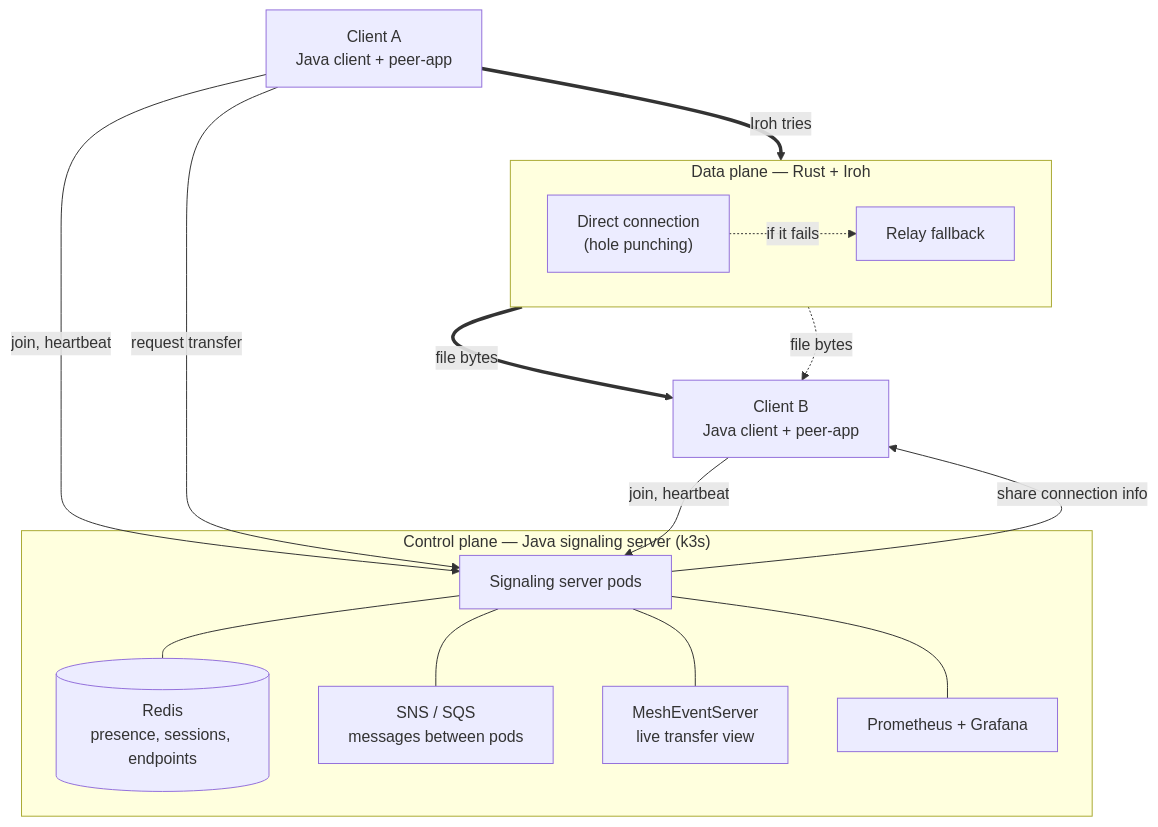
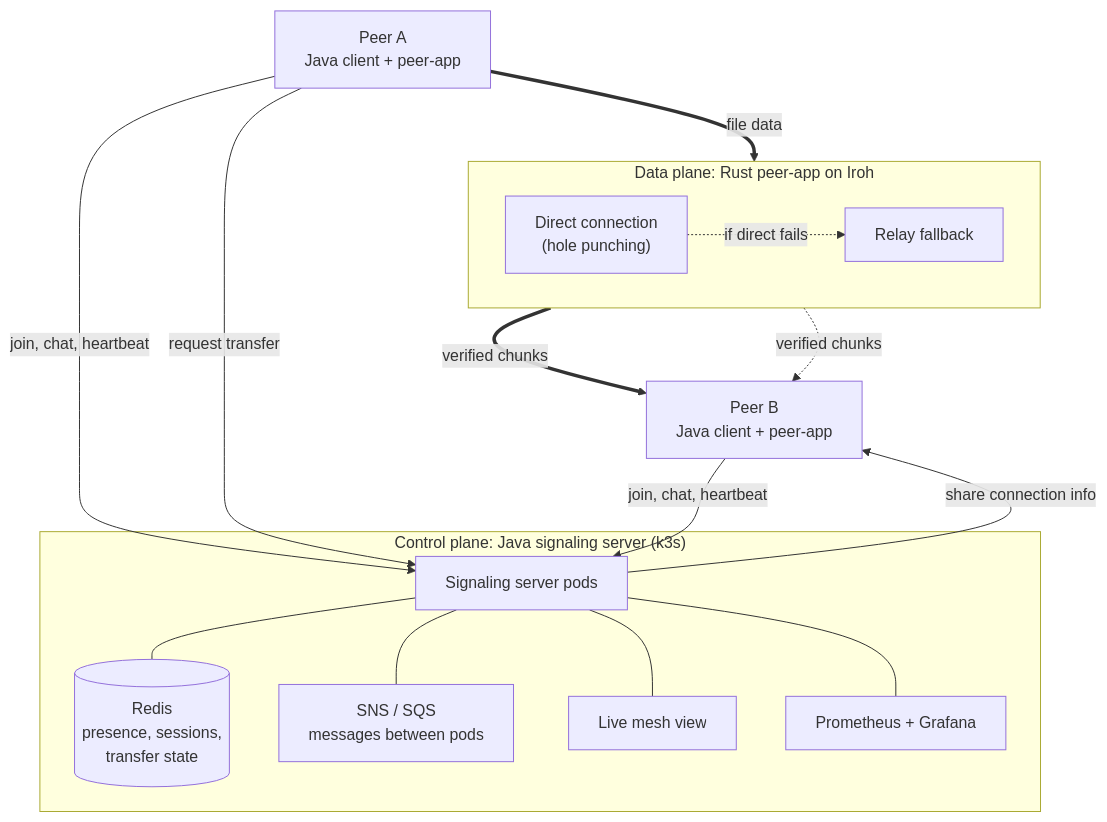
Before and after one commit to shobhit157/Aperture: the first of 2 diagrams in README.md, drawn with Mermaid. The commit also changed other lines of this file, not shown here.

````diff
--- a/README.md
+++ b/README.md
@@ -46,33 +11,33 @@
 ```mermaid
 flowchart TB
-    subgraph CP["Control plane — Java signaling server (k3s)"]
+    subgraph CP["Control plane: Java signaling server (k3s)"]
         S["Signaling server pods"]
-        Redis[("Redis<br/>presence, sessions, endpoints")]
+        Redis[("Redis<br/>presence, sessions,<br/>transfer state")]
         SNS["SNS / SQS<br/>messages between pods"]
-        Mesh["MeshEventServer<br/>live transfer view"]
+        Mesh["Live mesh view"]
         Prom["Prometheus + Grafana"]
         S --- Redis
         S --- SNS
         S --- Mesh
         S --- Prom
     end
 
-    A["Client A<br/>Java client + peer-app"]
-    B["Client B<br/>Java client + peer-app"]
+    A["Peer A<br/>Java client + peer-app"]
+    B["Peer B<br/>Java client + peer-app"]
 
-    A -- "join, heartbeat" --> S
-    B -- "join, heartbeat" --> S
+    A -- "join, chat, heartbeat" --> S
+    B -- "join, chat, heartbeat" --> S
     A -- "request transfer" --> S
     S -- "share connection info" --> B
 
-    subgraph DP["Data plane — Rust + Iroh"]
+    subgraph DP["Data plane: Rust peer-app on Iroh"]
         direction LR
         Direct["Direct connection<br/>(hole punching)"]
         Relay["Relay fallback"]
     end
 
-    A == "Iroh tries" ==> Direct
-    Direct -. "if it fails" .-> Relay
-    Direct == "file bytes" ==> B
-    Relay -. "file bytes" .-> B
+    A == "file data" ==> Direct
+    Direct -. "if direct fails" .-> Relay
+    Direct == "verified chunks" ==> B
+    Relay -. "verified chunks" .-> B
 ```
````
